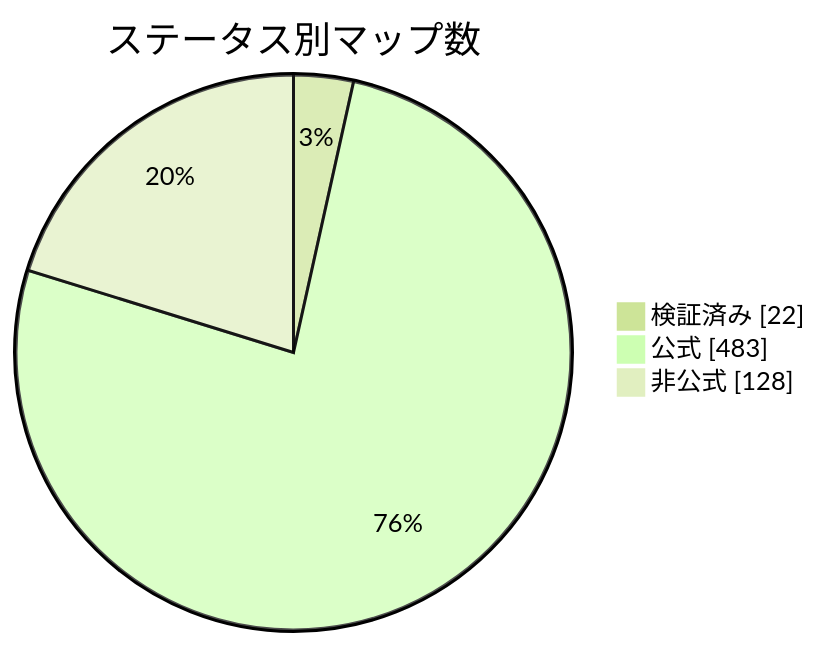
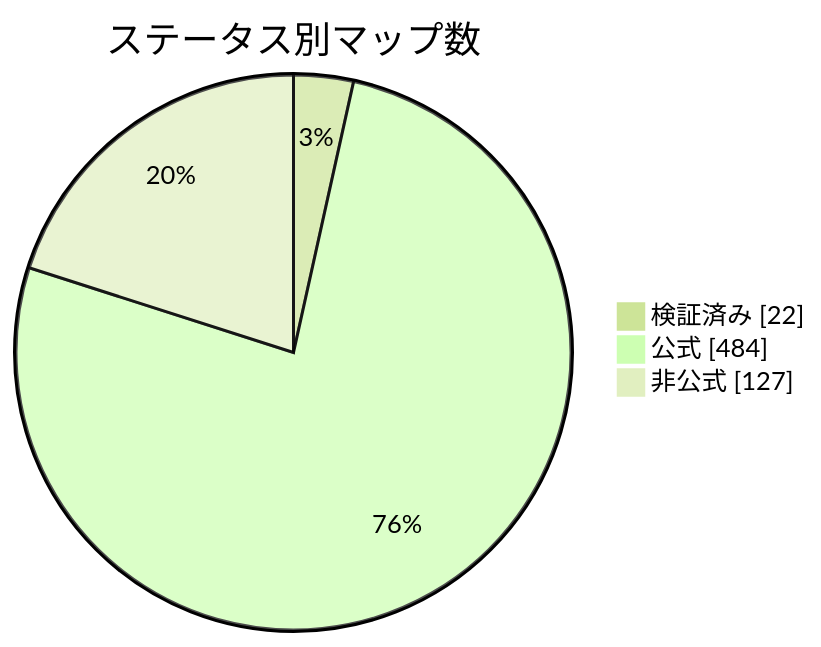
Before and after one commit to nobrega8/mbmap-library: the diagram in docs/readme/README_JP.md, drawn with Mermaid (forest theme). The commit also changed 6 other files, not shown here.

````diff
--- a/docs/readme/README_JP.md
+++ b/docs/readme/README_JP.md
@@ -54,7 +54,7 @@
 ```mermaid
 pie showData
     title ステータス別マップ数
     "検証済み" : 22
-    "公式" : 483
-    "非公式" : 128
+    "公式" : 484
+    "非公式" : 127
 ```
````
